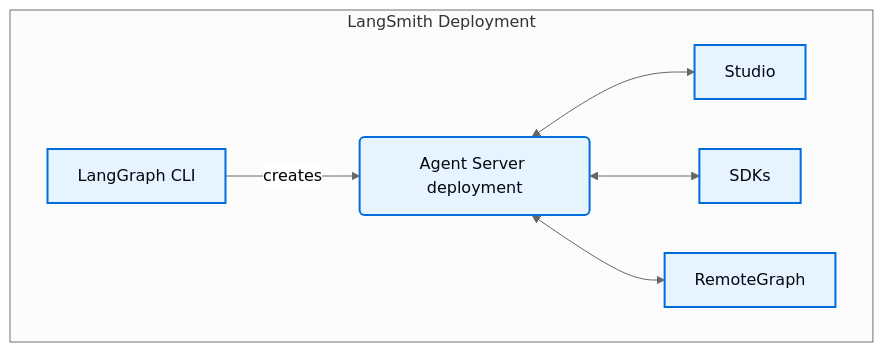
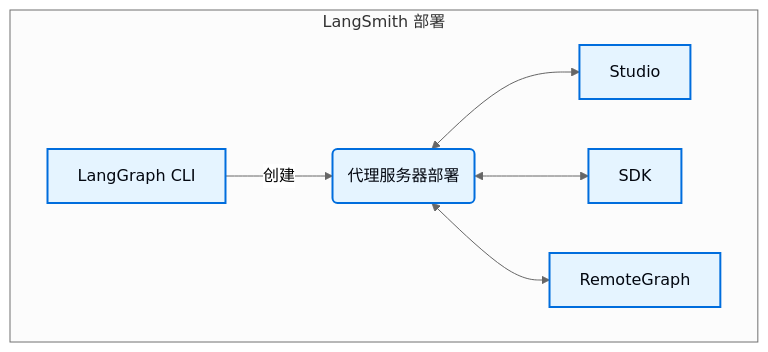
One commit to kunfan96/cndocs-langchain changed the diagram in langsmith/components.mdx. Above: the diagram before and after it, drawn with Mermaid (neutral theme). The commit also changed other lines of this file and 2498 other files, not shown here.

````diff
--- a/langsmith/components.mdx
+++ b/langsmith/components.mdx
@@ -10,13 +10,13 @@
 ```mermaid
 flowchart
-    subgraph LangSmith Deployment
-        A[LangGraph CLI] -->|creates| B(Agent Server deployment)
+    subgraph LangSmith 部署
+        A[LangGraph CLI] -->|创建| B(代理服务器部署)
         B <--> D[Studio]
-        B <--> E[SDKs]
+        B <--> E[SDK]
         B <--> F[RemoteGraph]
     end
 
     classDef process fill:#E5F4FF,stroke:#006DDD,stroke-width:2px,color:#030710
 
     class A,B,D,E,F process
 ```
````
